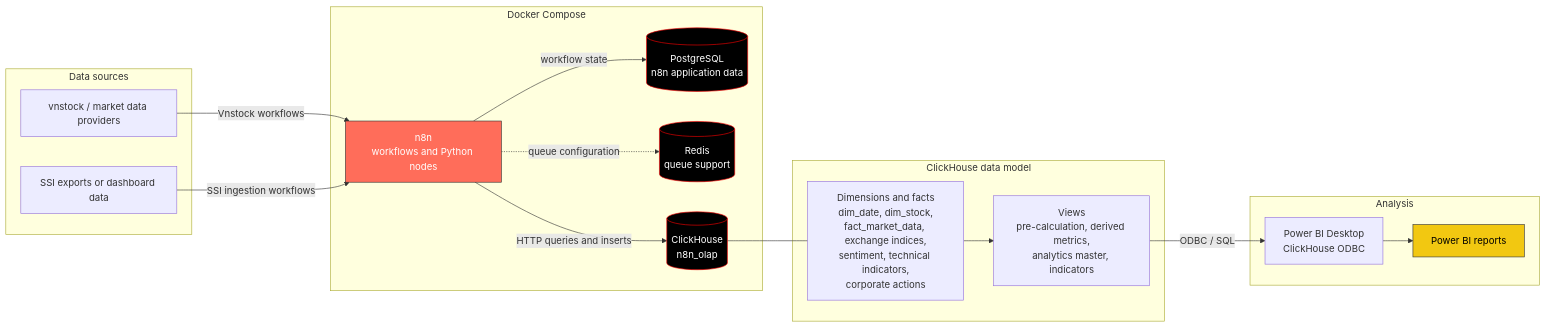
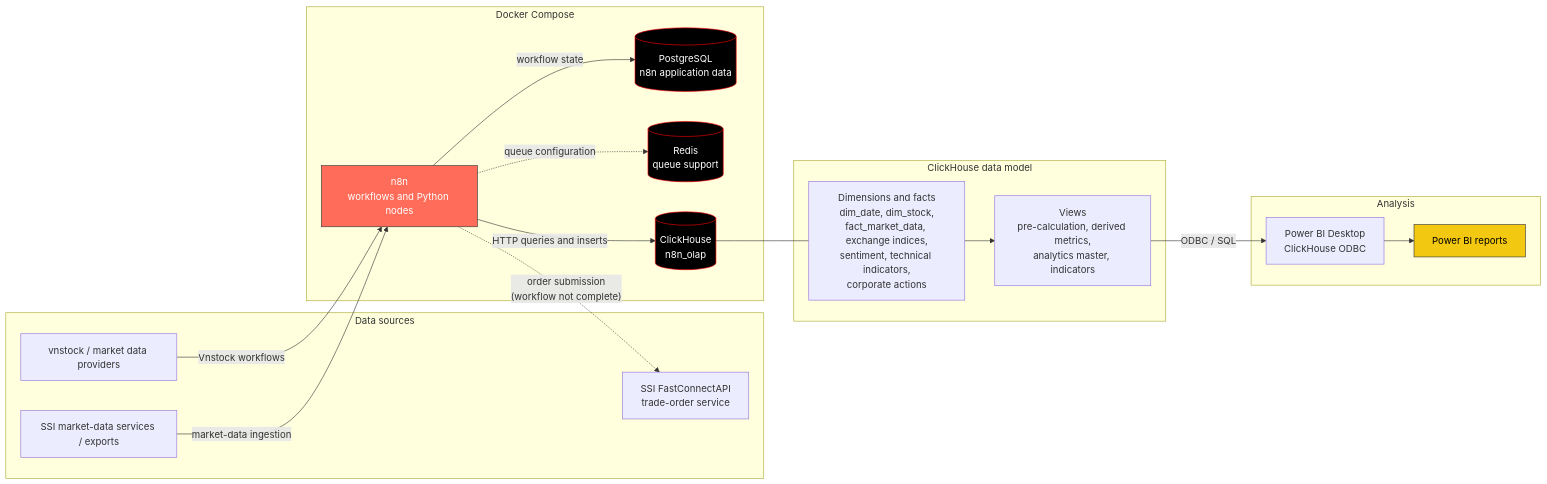
The first of 2 diagrams in README.md (thuanvu301103/Stock), drawn with Mermaid before and after one commit. The commit also changed other lines of this file and 35 other files, not shown here.

First line of the commit message:
Enhance SSI market-data services and trade-order workflows (#7)

````diff
--- a/README.md
+++ b/README.md
@@ -12,42 +13,44 @@
 ```mermaid
 flowchart LR
     subgraph Sources["Data sources"]
         VN["vnstock / market data providers"]
-        SSI["SSI exports or dashboard data"]
+        SSI["SSI market-data services / exports"]
+        FAST["SSI FastConnectAPI<br/>trade-order service"]
     end
 
     subgraph Compose["Docker Compose"]
         N8N["n8n<br/>workflows and Python nodes"]
         PG[("PostgreSQL<br/>n8n application data")]
         REDIS[("Redis<br/>queue support")]
         CH[("ClickHouse<br/>n8n_olap")]
 
         N8N -->|"workflow state"| PG
         N8N -.->|"queue configuration"| REDIS
         N8N -->|"HTTP queries and inserts"| CH
     end
 
     subgraph Analytics["ClickHouse data model"]
         TABLES["Dimensions and facts<br/>dim_date, dim_stock,<br/>fact_market_data, exchange indices,<br/>sentiment, technical indicators,<br/>corporate actions"]
         VIEWS["Views<br/>pre-calculation, derived metrics,<br/>analytics master, indicators"]
         TABLES --> VIEWS
     end
 
     subgraph Consumers["Analysis"]
         PBI["Power BI Desktop<br/>ClickHouse ODBC"]
         REPORT["Power BI reports"]
         PBI --> REPORT
     end
 
     VN -->|"Vnstock workflows"| N8N
-    SSI -->|"SSI ingestion workflows"| N8N
+    SSI -->|"market-data ingestion"| N8N
+    N8N -.->|"order submission<br/>(workflow not complete)"| FAST
     CH --- TABLES
     VIEWS -->|"ODBC / SQL"| PBI
 
     classDef engine fill:#ff6d5a,stroke:#333,color:#fff
     classDef database fill:#000,stroke:#f00,color:#fff
     classDef report fill:#f2c811,stroke:#333,color:#000
     class N8N engine
     class CH,PG,REDIS database
     class REPORT report
 ```
````
